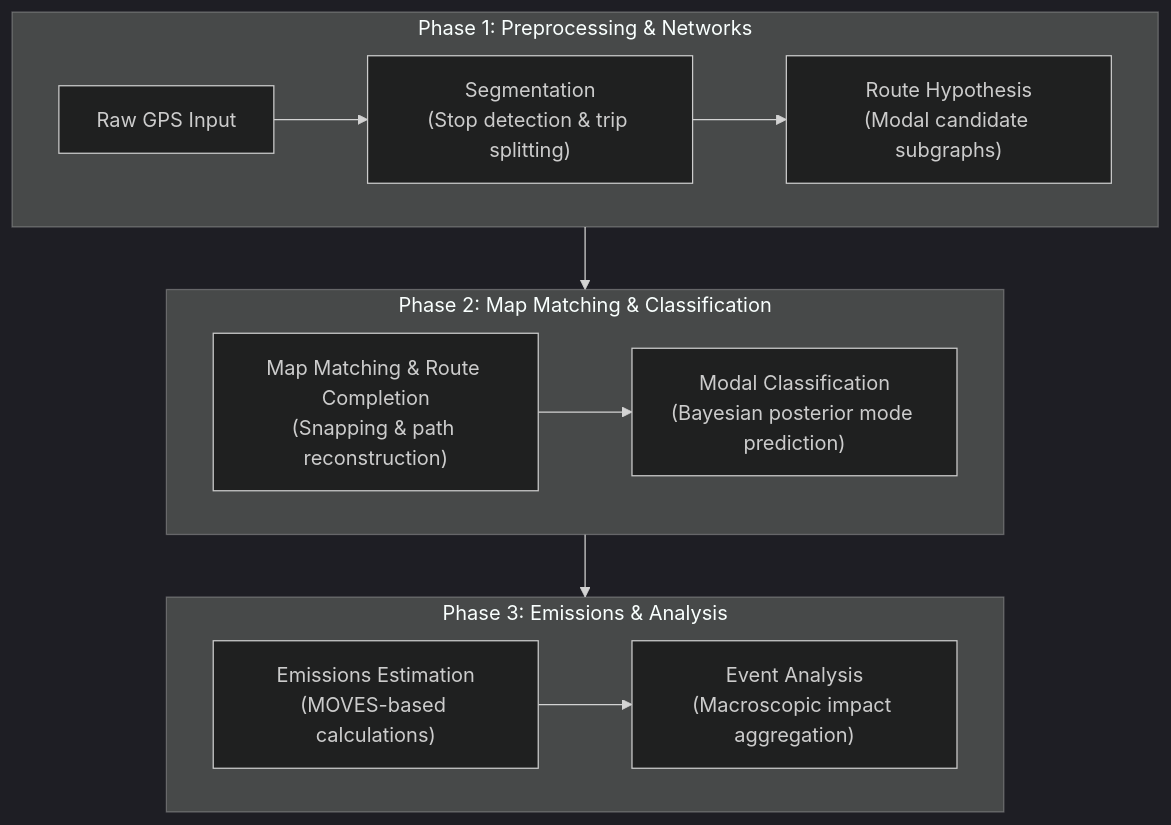
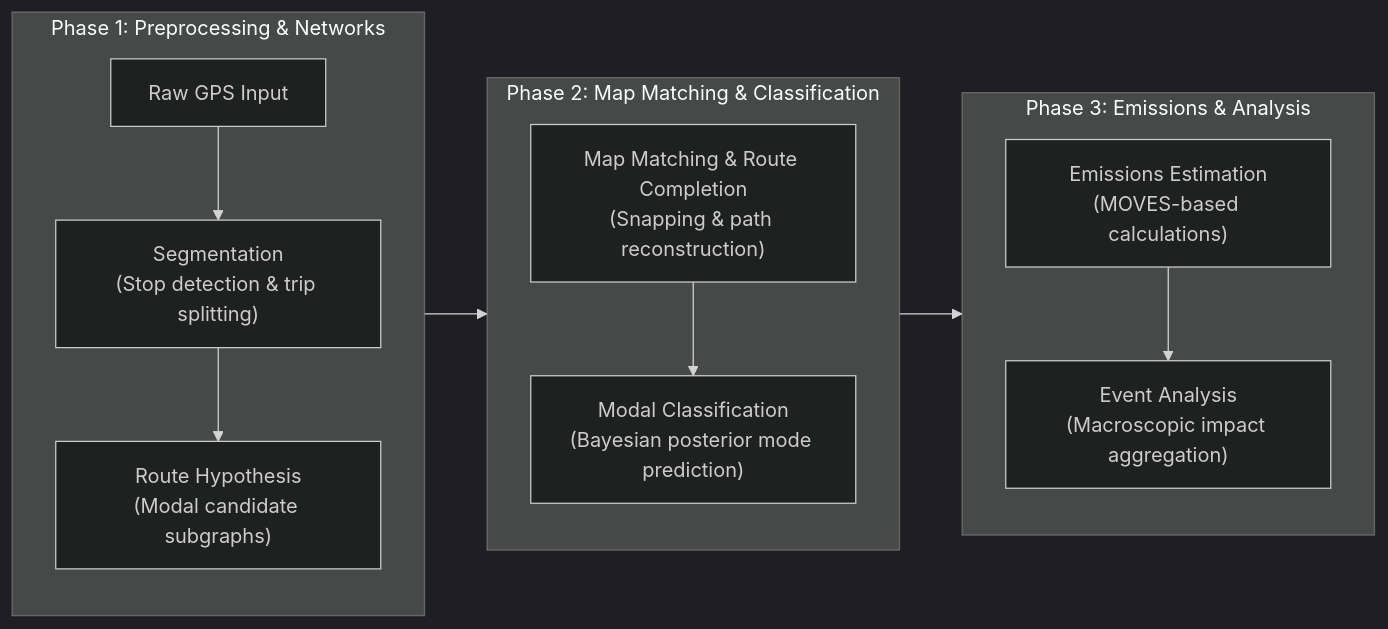
Before and after one commit to vladimirp07/gps-emissions-pipeline: the diagram in README.md, drawn with Mermaid (dark theme).

Commit message:
docs: reestructurar diagrama Mermaid a flujo de bloques horizontal con nodos internos verticales

````diff
--- a/README.md
+++ b/README.md
@@ -9,17 +9,17 @@
 ```mermaid
-flowchart TD
+flowchart LR
     subgraph Phase1 ["Phase 1: Preprocessing & Networks"]
-        direction LR
+        direction TD
         A["Raw GPS Input"] --> B["Segmentation<br>(Stop detection & trip splitting)"] --> C["Route Hypothesis<br>(Modal candidate subgraphs)"]
     end
     subgraph Phase2 ["Phase 2: Map Matching & Classification"]
-        direction LR
+        direction TD
         D["Map Matching & Route Completion<br>(Snapping & path reconstruction)"] --> E["Modal Classification<br>(Bayesian posterior mode prediction)"]
     end
     subgraph Phase3 ["Phase 3: Emissions & Analysis"]
-        direction LR
+        direction TD
         F["Emissions Estimation<br>(MOVES-based calculations)"] --> G["Event Analysis<br>(Macroscopic impact aggregation)"]
     end
     C --> D
     E --> F
 ```
````
